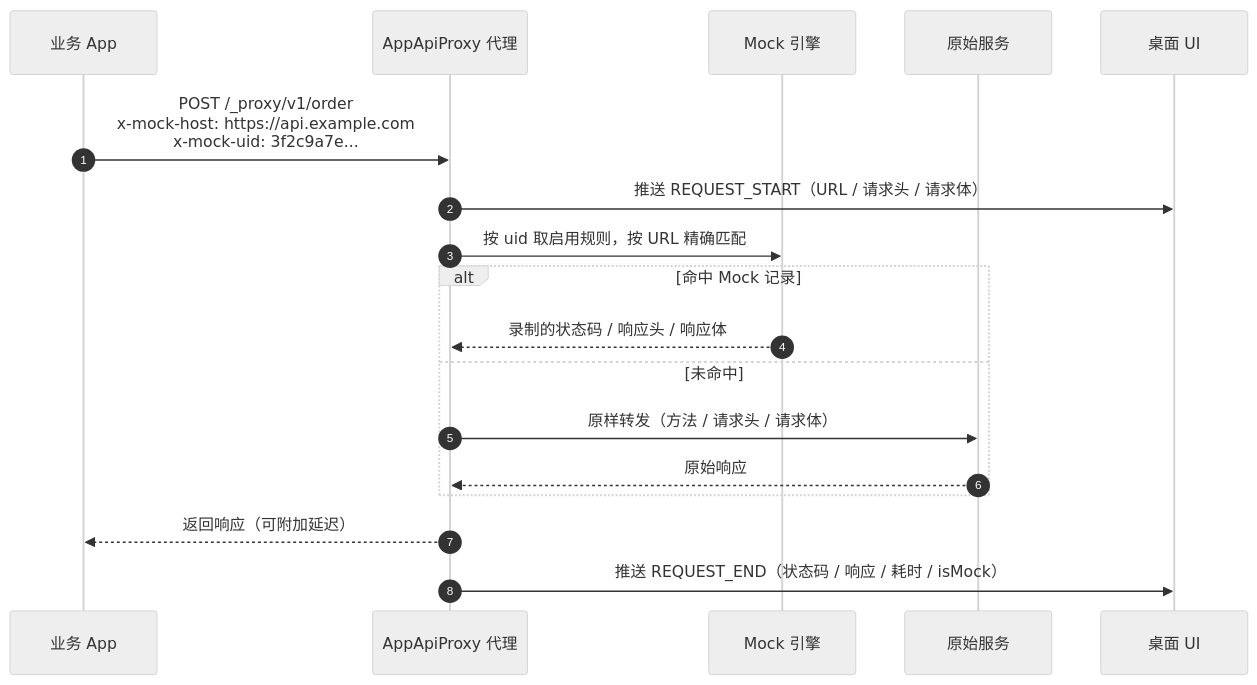
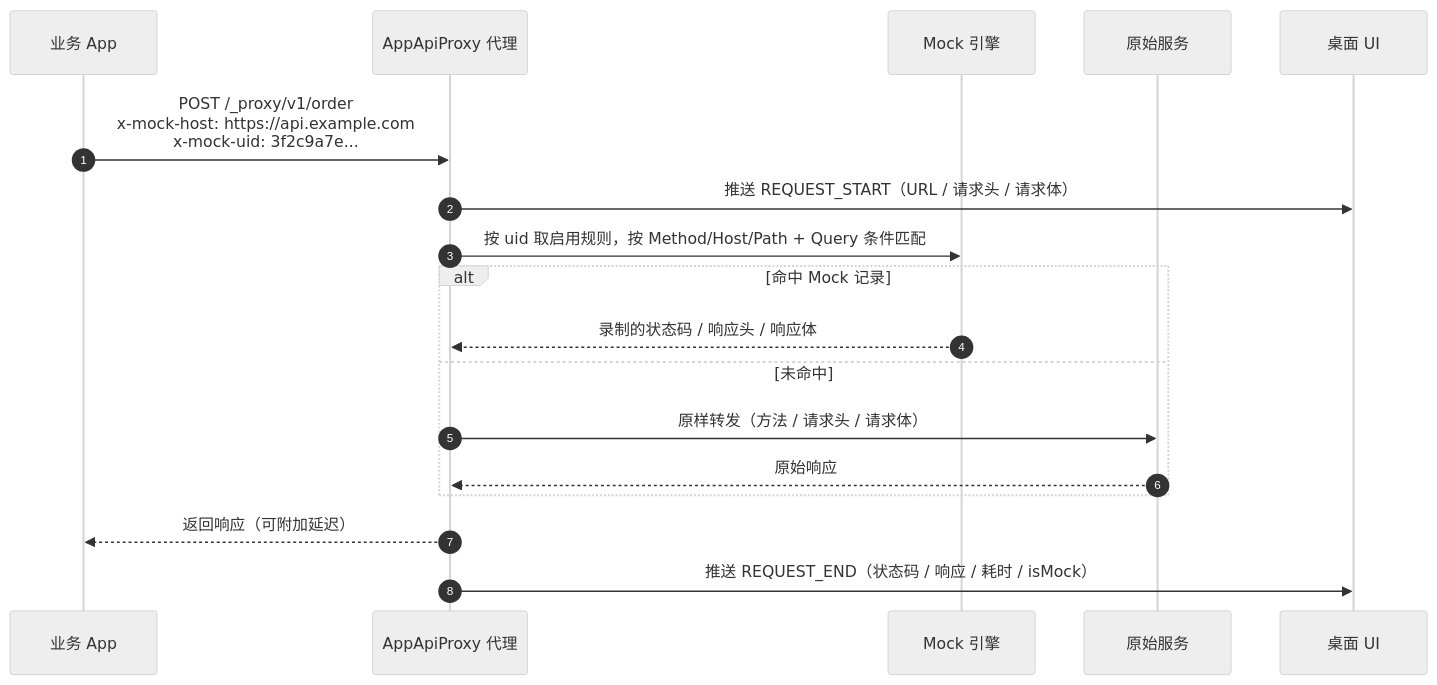
The second of 2 diagrams in docs/使用说明.md (maskerliu/app-api-proxy), drawn with Mermaid (neutral theme) before and after one commit. The commit also changed other lines of this file and 83 other files, not shown here.

````diff
--- a/docs/使用说明.md
+++ b/docs/使用说明.md
@@ -85,23 +90,23 @@
 ```mermaid
 sequenceDiagram
     autonumber
     participant App as 业务 App
     participant Proxy as AppApiProxy 代理
     participant Mock as Mock 引擎
     participant Origin as 原始服务
     participant UI as 桌面 UI
 
     App->>Proxy: POST /_proxy/v1/order<br/>x-mock-host: https://api.example.com<br/>x-mock-uid: 3f2c9a7e...
     Proxy->>UI: 推送 REQUEST_START（URL / 请求头 / 请求体）
-    Proxy->>Mock: 按 uid 取启用规则，按 URL 精确匹配
+    Proxy->>Mock: 按 uid 取启用规则，按 Method/Host/Path + Query 条件匹配
 
     alt 命中 Mock 记录
         Mock-->>Proxy: 录制的状态码 / 响应头 / 响应体
     else 未命中
         Proxy->>Origin: 原样转发（方法 / 请求头 / 请求体）
         Origin-->>Proxy: 原始响应
     end
 
     Proxy-->>App: 返回响应（可附加延迟）
     Proxy->>UI: 推送 REQUEST_END（状态码 / 响应 / 耗时 / isMock）
 ```
````
